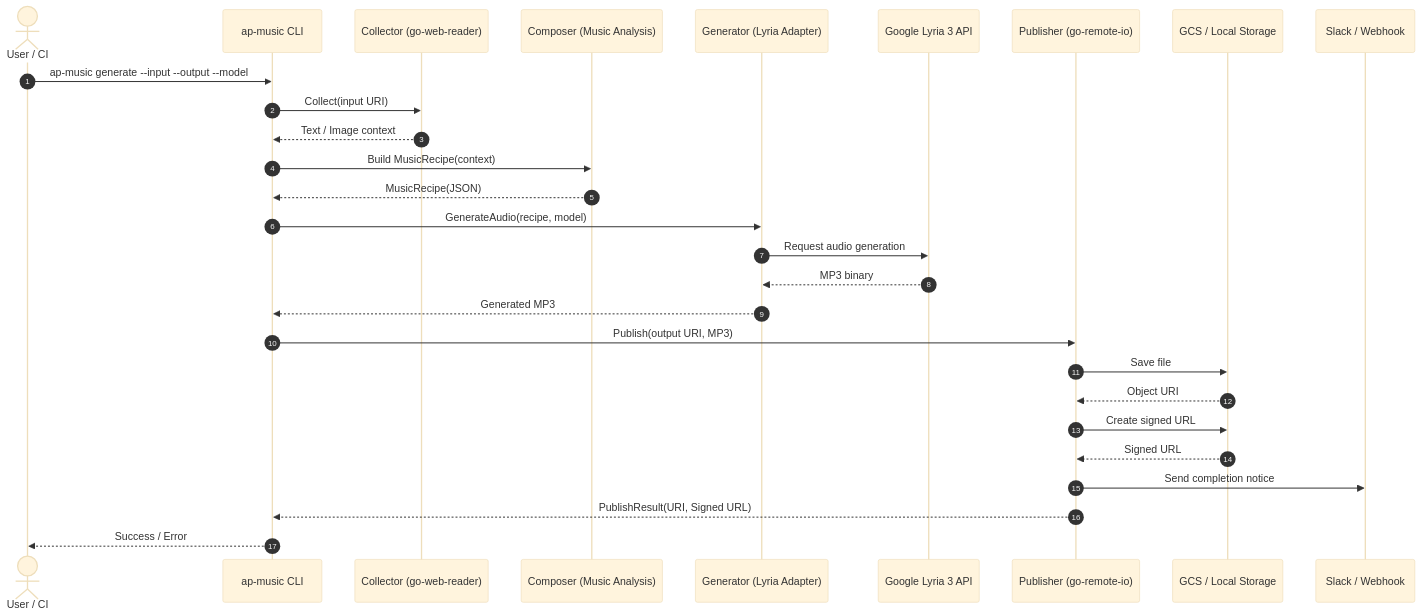
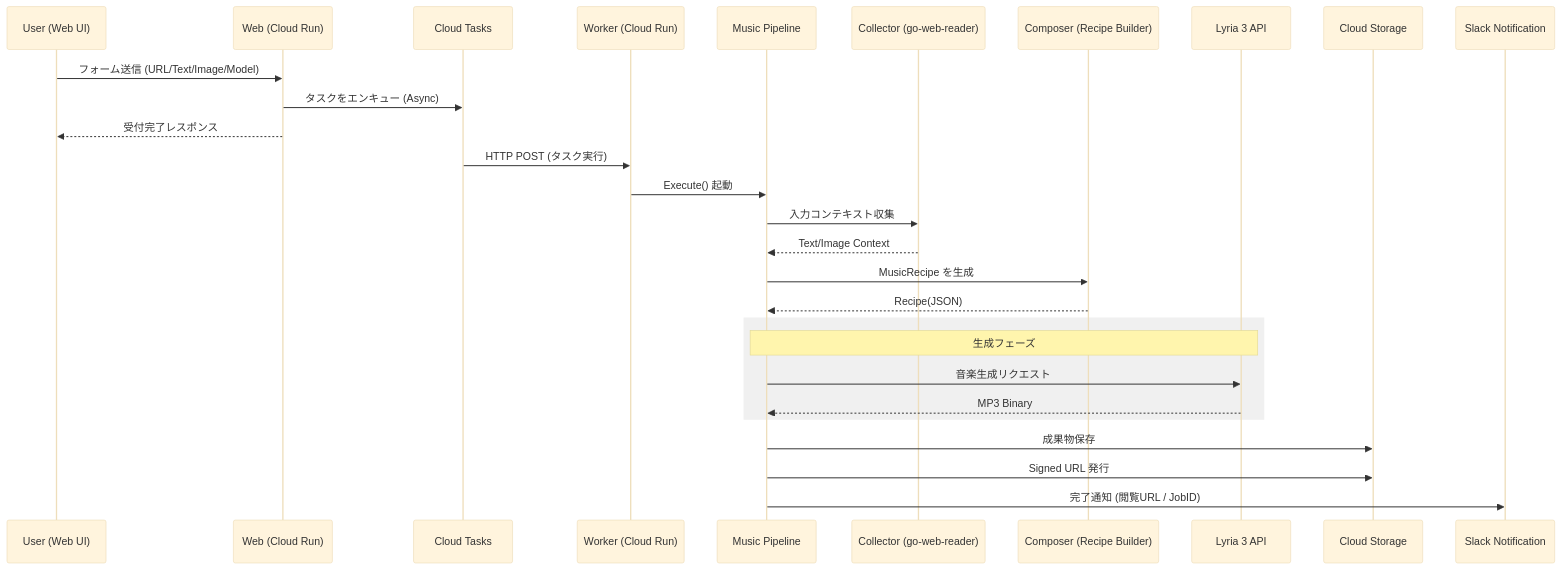
The diagram in README.md (shouni/ap-music), drawn with Mermaid (base theme) before and after one commit. The commit also changed other lines of this file, not shown here.

Commit message:
Update README with detailed project description, architecture, workflows, and usage instructions

````diff
--- a/README.md
+++ b/README.md
@@ -47,34 +83,35 @@
 ```mermaid
 sequenceDiagram
-    autonumber
-    actor User as User / CI
-    participant CLI as ap-music CLI
+    participant User as User (Web UI)
+    participant Web as Web (Cloud Run)
+    participant Queue as Cloud Tasks
+    participant Worker as Worker (Cloud Run)
+    participant Pipeline as Music Pipeline
     participant Collector as Collector (go-web-reader)
-    participant Composer as Composer (Music Analysis)
-    participant Generator as Generator (Lyria Adapter)
-    participant Lyria as Google Lyria 3 API
-    participant Publisher as Publisher (go-remote-io)
-    participant Storage as GCS / Local Storage
-    participant Notify as Slack / Webhook
+    participant Composer as Composer (Recipe Builder)
+    participant Lyria as Lyria 3 API
+    participant GCS as Cloud Storage
+    participant Slack as Slack Notification
 
-    User->>CLI: ap-music generate --input --output --model
-    CLI->>Collector: Collect(input URI)
-    Collector-->>CLI: Text / Image context
+    User->>Web: フォーム送信 (URL/Text/Image/Model)
+    Web->>Queue: タスクをエンキュー (Async)
+    Web-->>User: 受付完了レスポンス
 
-    CLI->>Composer: Build MusicRecipe(context)
-    Composer-->>CLI: MusicRecipe(JSON)
+    Queue->>Worker: HTTP POST (タスク実行)
+    Worker->>Pipeline: Execute() 起動
 
-    CLI->>Generator: GenerateAudio(recipe, model)
-    Generator->>Lyria: Request audio generation
-    Lyria-->>Generator: MP3 binary
-    Generator-->>CLI: Generated MP3
+    Pipeline->>Collector: 入力コンテキスト収集
+    Collector-->>Pipeline: Text/Image Context
+    Pipeline->>Composer: MusicRecipe を生成
+    Composer-->>Pipeline: Recipe(JSON)
 
-    CLI->>Publisher: Publish(output URI, MP3)
-    Publisher->>Storage: Save file
-    Storage-->>Publisher: Object URI
-    Publisher->>Storage: Create signed URL
-    Storage-->>Publisher: Signed URL
-    Publisher->>Notify: Send completion notice
-    Publisher-->>CLI: PublishResult(URI, Signed URL)
-    CLI-->>User: Success / Error
+    rect rgb(240, 240, 240)
+        Note over Pipeline, Lyria: 生成フェーズ
+        Pipeline->>Lyria: 音楽生成リクエスト
+        Lyria-->>Pipeline: MP3 Binary
+    end
+
+    Pipeline->>GCS: 成果物保存
+    Pipeline->>GCS: Signed URL 発行
+    Pipeline->>Slack: 完了通知 (閲覧URL / JobID)
 ```
````
